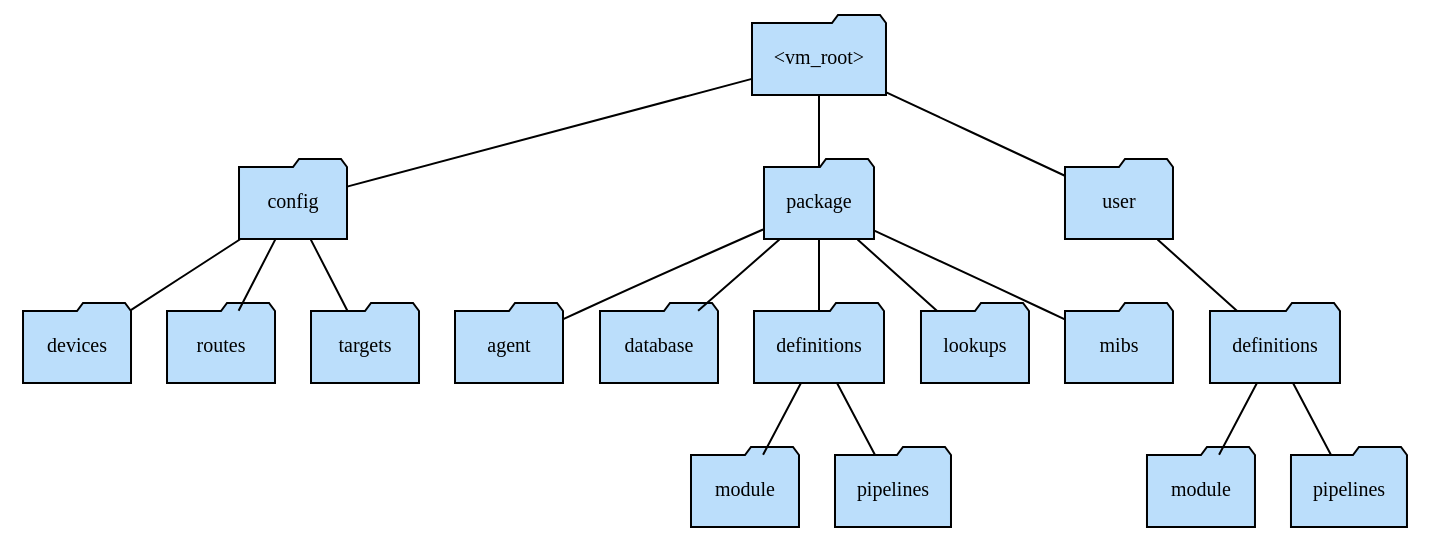
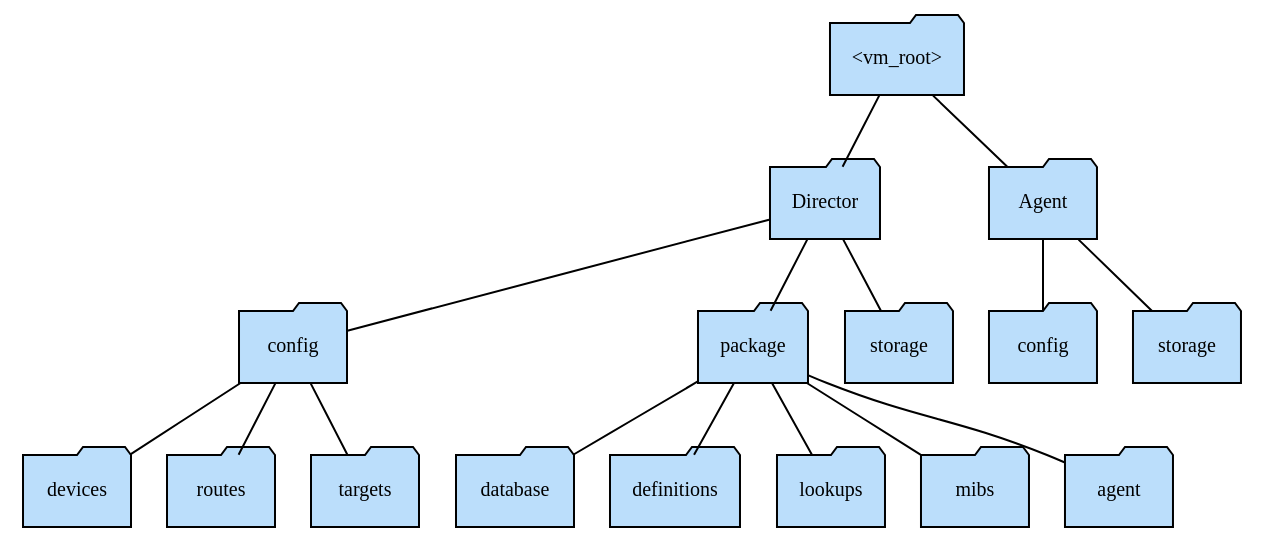
One commit to VirtualMetric/virtualmetric-docs changed the diagram in static/img/graphics/directory-tree.dot. Above: the diagram before and after it, drawn with Graphviz. The commit also changed 3 other files, not shown here.

Commit message:
Updated directory tree graph

```diff
--- a/static/img/graphics/directory-tree.dot
+++ b/static/img/graphics/directory-tree.dot
@@ -1,42 +1,38 @@
 graph dirTree {
    tooltip="Directory Tree"
    rankdir="TD"
 
    subgraph folderNode {
       node [shape="folder" style="filled" fillcolor="#bbdefb" fontname="Calibri" fontsize="10"]
 
       root[label="&lt;vm_root&gt;"]
+      
+      director[label="Director"]
+      agent[label="Agent"]
 
-      config[label="config"]
-      devices[label="devices"]
-      routes[label="routes"]
-      targets[label="targets"]
+      directorConfig[label="config"]
+      directorDevices[label="devices"]
+      directorRoutes[label="routes"]
+      directorTargets[label="targets"]
 
-      package[label="package"]
+      directorPackage[label="package"]
+      directorDatabase[label="database"]      
+      directorDefinitions[label="definitions"]
+      directorLookups[label="lookups"]
+      directorMibs[label="mibs"]
+      directorAgentBuilds[label="agent"]
 
-      agent[label="agent"]
-      database[label="database"]      
+      directorStorage[label="storage"]
 
-      packageDefinitions[label="definitions"]
-      packageDefinitionsModule[label="module"]
-      packageDefinitionsPipelines[label="pipelines"]
-
-      lookups[label="lookups"]
-      mibs[label="mibs"]
-
-      user[label="user"]
-      userDefinitions[label="definitions"]
-      userDefinitionsModule[label="module"]
-      userDefinitionsPipelines[label="pipelines"]
+      agentConfig[label="config"]
+      agentStorage[label="storage"]
    }
 
-   root -- {config package user}
+   root -- {director agent}
    
-   config -- {devices routes targets}
+   director -- {directorConfig directorPackage directorStorage}
+   directorConfig -- {directorDevices directorRoutes directorTargets}
+   directorPackage -- {directorDatabase directorDefinitions directorLookups directorMibs directorAgentBuilds}
    
-   package -- {agent database packageDefinitions lookups mibs}
-   packageDefinitions -- {packageDefinitionsModule packageDefinitionsPipelines}
-   
-   user -- {userDefinitions}
-   userDefinitions -- {userDefinitionsModule userDefinitionsPipelines}
+   agent -- {agentConfig agentStorage}
 }
```
